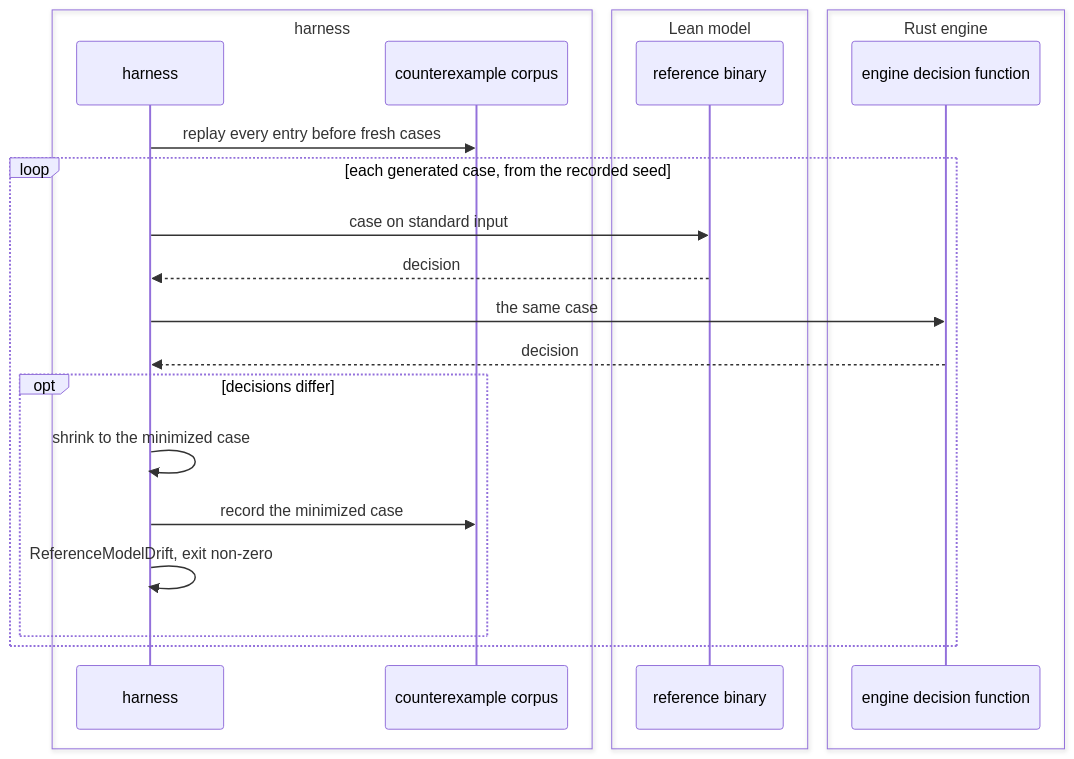
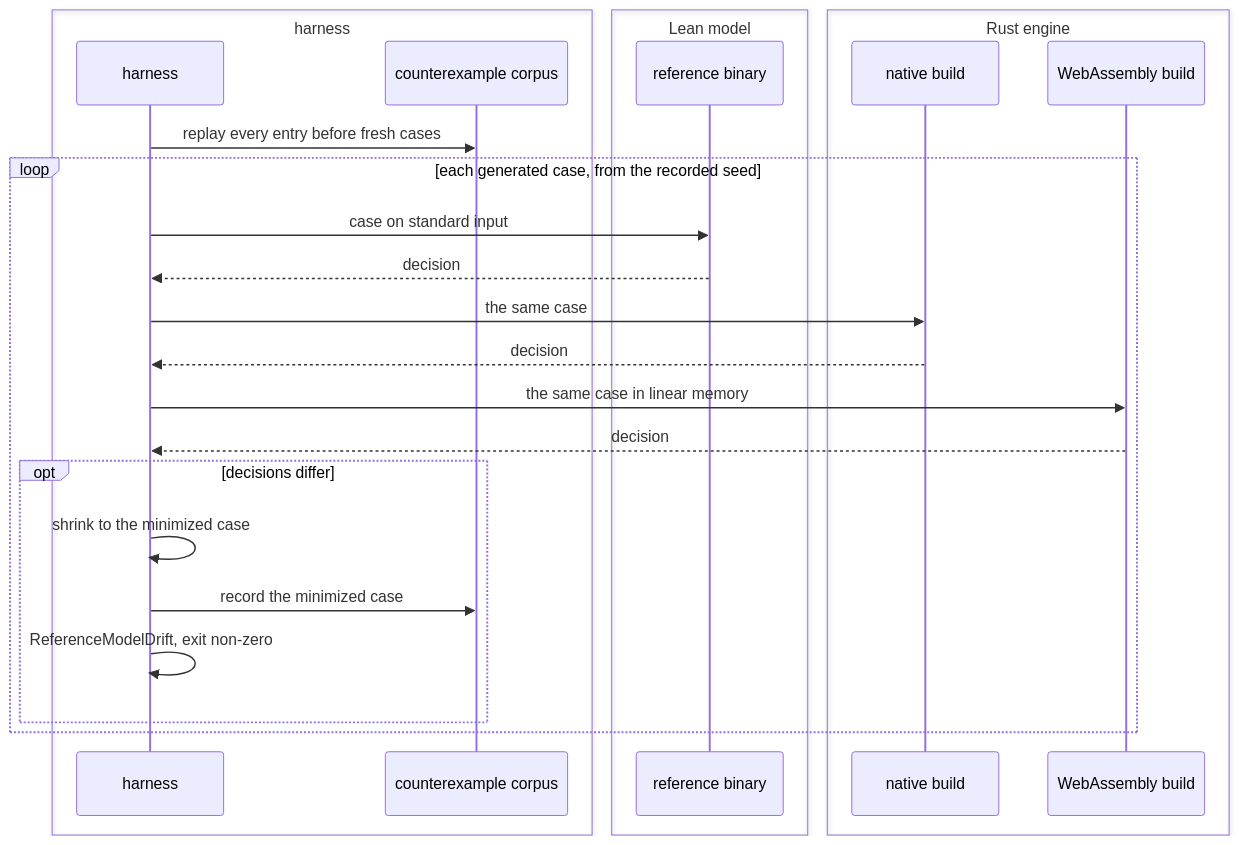
Before and after one commit to fractalboxdev/contextful: the third of 3 diagrams in spec/80-formal.md, drawn with Mermaid. The commit also changed other lines of this file and 26 other files, not shown here.

First line of the commit message:
assurance: the decision module builds native and to WebAssembly, and the differential harness compares both builds

````diff
--- a/spec/80-formal.md
+++ b/spec/80-formal.md
@@ -230,25 +237,28 @@
 ```mermaid
 sequenceDiagram
     box harness
         participant H as harness
         participant K as counterexample corpus
     end
     box Lean model
         participant R as reference binary
     end
     box Rust engine
-        participant E as engine decision function
+        participant E as native build
+        participant W as WebAssembly build
     end
     H->>K: replay every entry before fresh cases
     loop each generated case, from the recorded seed
         H->>R: case on standard input
         R-->>H: decision
         H->>E: the same case
         E-->>H: decision
+        H->>W: the same case in linear memory
+        W-->>H: decision
         opt decisions differ
             H->>H: shrink to the minimized case
             H->>K: record the minimized case
             H->>H: ReferenceModelDrift, exit non-zero
         end
     end
 ```
````
